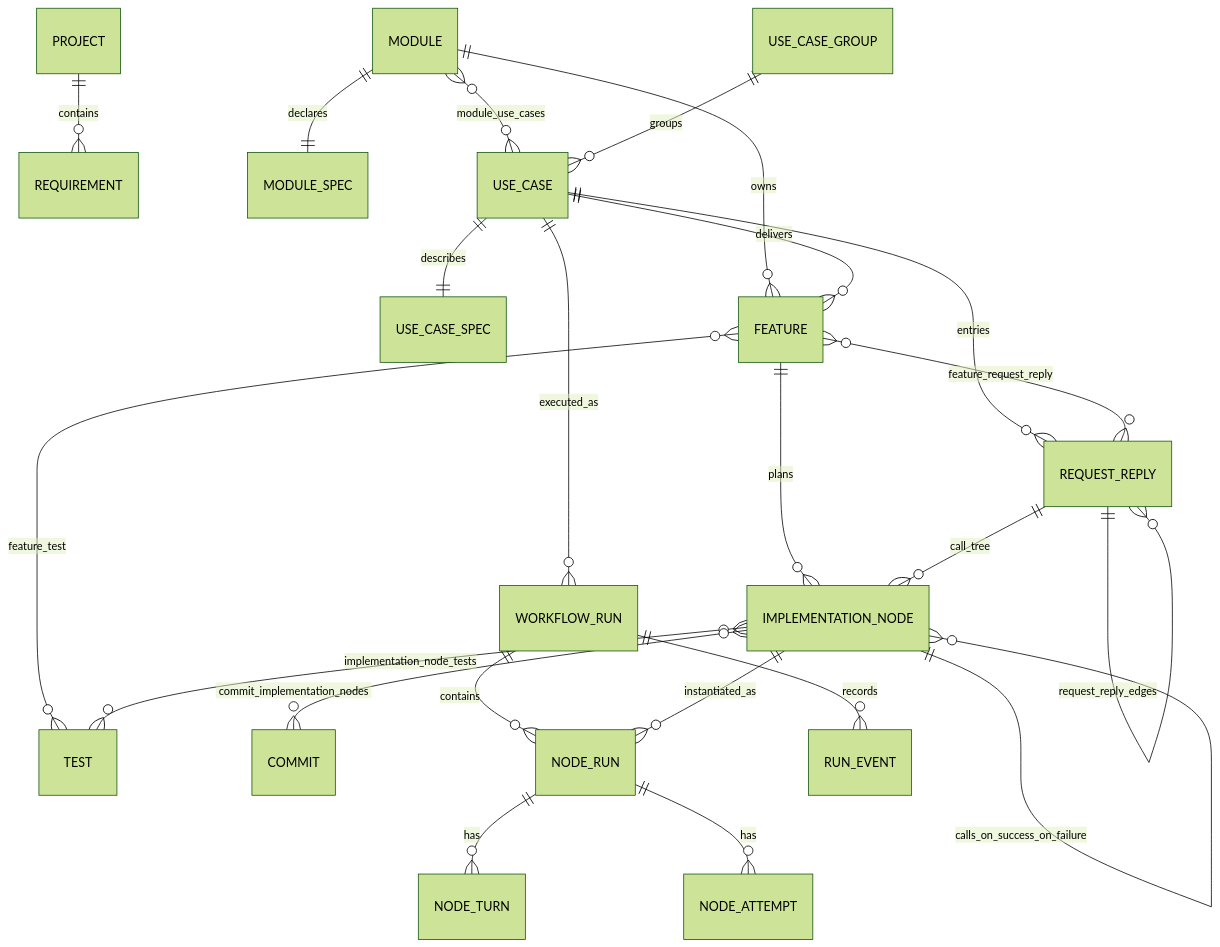
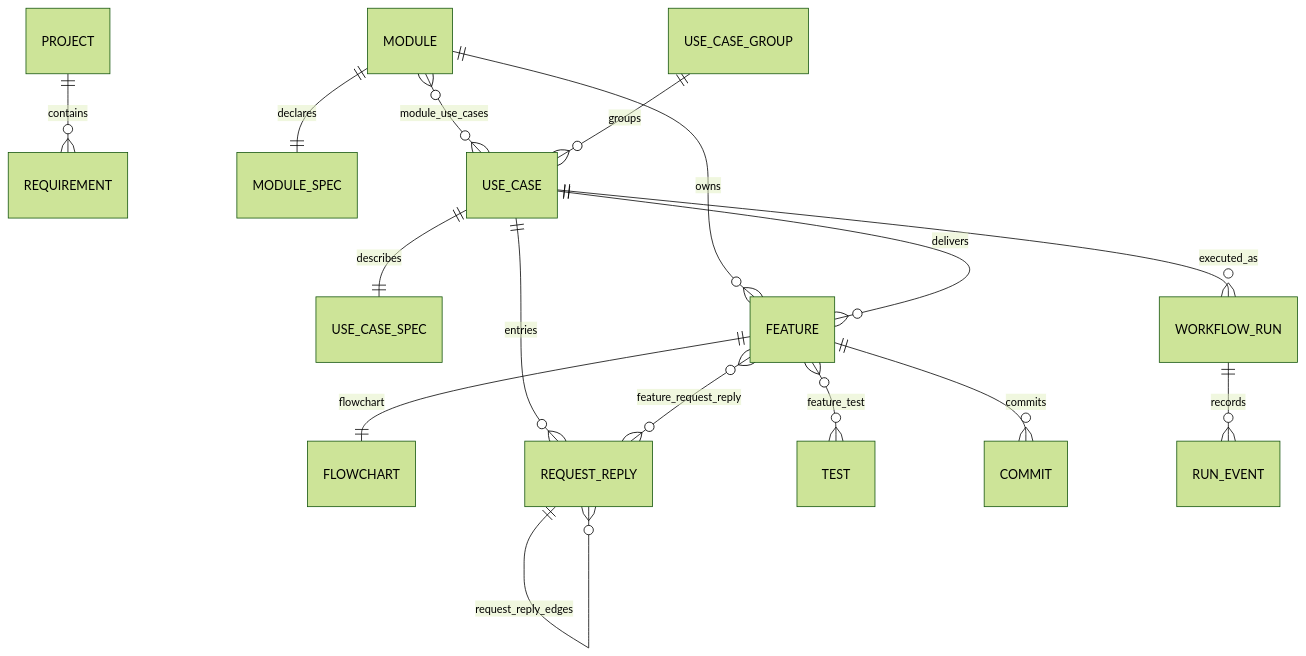
Before and after one commit to gordonz-cloud/project-manager: the diagram in SOLUTION_MODEL.md, drawn with Mermaid (forest theme). The commit also changed other lines of this file and 75 other files, not shown here.

First line of the commit message:
调用树换成功能流程图：新表 flowcharts（功能 1:1，chart JSON + 伪代码），Mermaid 渲染

````diff
--- a/SOLUTION_MODEL.md
+++ b/SOLUTION_MODEL.md
@@ -221,31 +170,22 @@
 ```mermaid
 erDiagram
     PROJECT ||--o{ REQUIREMENT : contains
     MODULE ||--|| MODULE_SPEC : declares
     MODULE }o--o{ USE_CASE : module_use_cases
     USE_CASE_GROUP ||--o{ USE_CASE : groups
     USE_CASE ||--|| USE_CASE_SPEC : describes
     MODULE ||--o{ FEATURE : owns
     USE_CASE ||--o{ WORKFLOW_RUN : executed_as
 
     USE_CASE ||--o{ FEATURE : delivers
 
-    FEATURE ||--o{ IMPLEMENTATION_NODE : plans
-    IMPLEMENTATION_NODE ||--o{ IMPLEMENTATION_NODE : parent
-    IMPLEMENTATION_NODE }o--o{ IMPLEMENTATION_NODE : dependencies
-    IMPLEMENTATION_NODE ||--o{ IMPLEMENTATION_NODE : calls_on_success_on_failure
+    FEATURE ||--|| FLOWCHART : flowchart
     USE_CASE ||--o{ REQUEST_REPLY : entries
     REQUEST_REPLY ||--o{ REQUEST_REPLY : request_reply_edges
-    REQUEST_REPLY ||--o{ IMPLEMENTATION_NODE : call_tree
     FEATURE }o--o{ REQUEST_REPLY : feature_request_reply
 
     FEATURE }o--o{ TEST : feature_test
-    IMPLEMENTATION_NODE }o--o{ TEST : implementation_node_tests
-    IMPLEMENTATION_NODE }o--o{ COMMIT : commit_implementation_nodes
+    FEATURE ||--o{ COMMIT : commits
 
-    WORKFLOW_RUN ||--o{ NODE_RUN : contains
-    IMPLEMENTATION_NODE ||--o{ NODE_RUN : instantiated_as
-    NODE_RUN ||--o{ NODE_TURN : has
-    NODE_RUN ||--o{ NODE_ATTEMPT : has
     WORKFLOW_RUN ||--o{ RUN_EVENT : records
 ```
````
